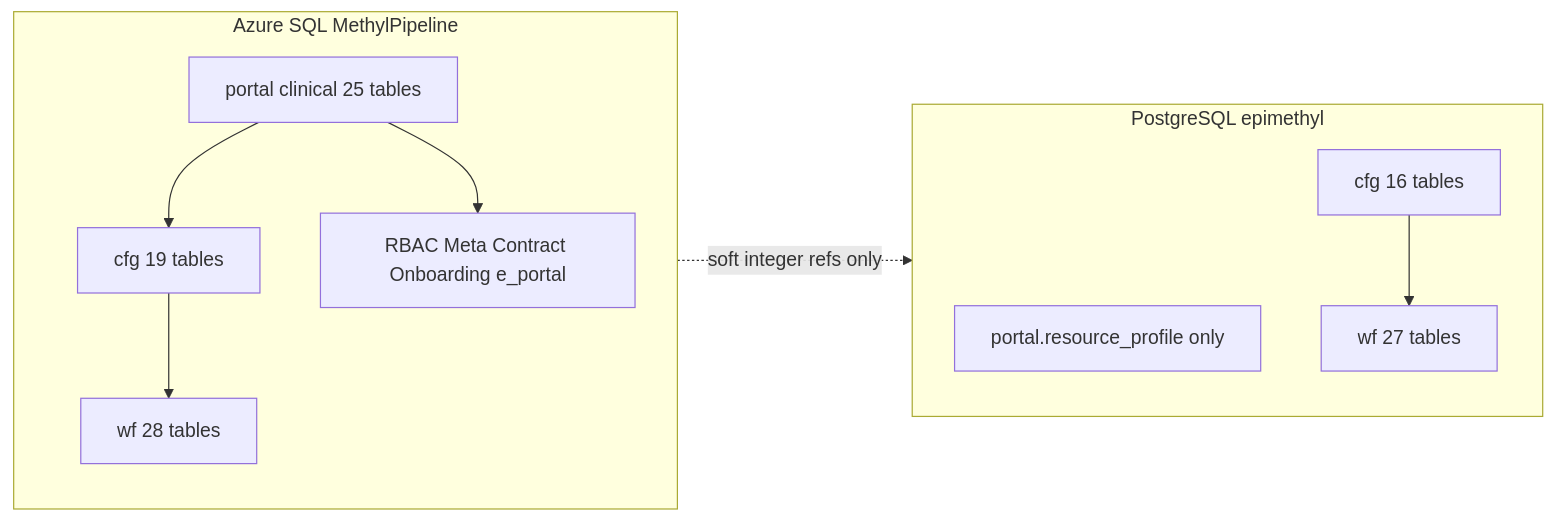
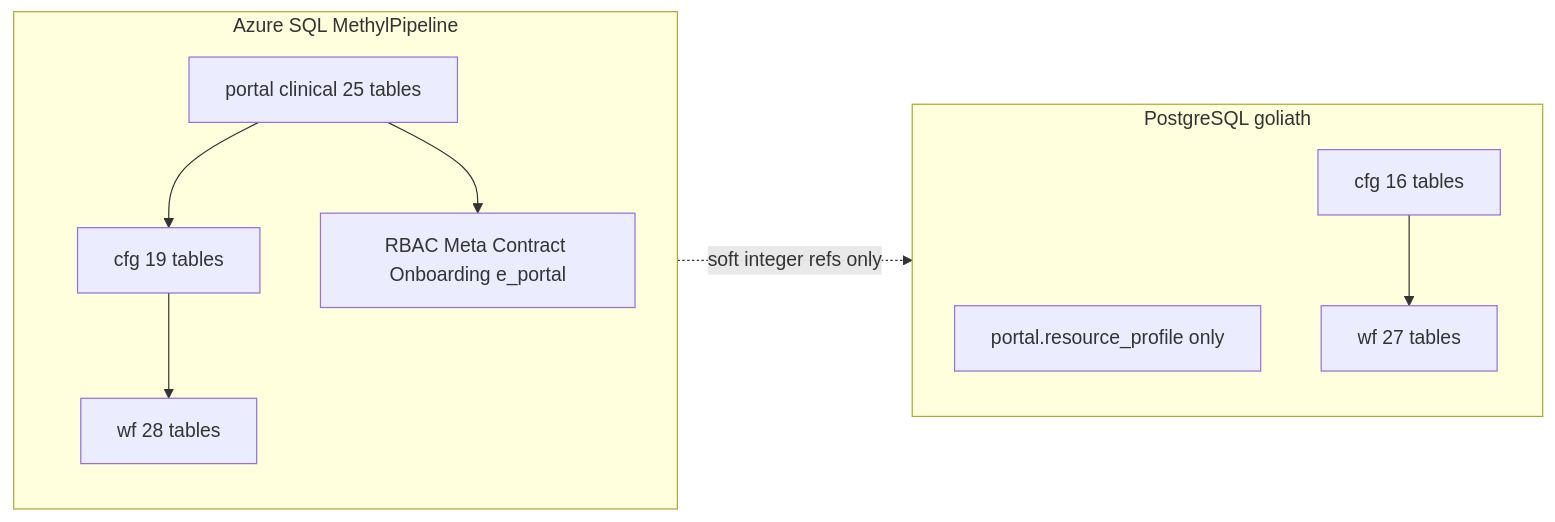
The diagram in docs/plans/sql-backend-schema-parity.plan.md (Goliath-Research/GoliathWorkflow), drawn with Mermaid before and after one commit. The commit also changed other lines of this file and 272 other files, not shown here.

````diff
--- a/docs/plans/sql-backend-schema-parity.plan.md
+++ b/docs/plans/sql-backend-schema-parity.plan.md
@@ -37,19 +37,19 @@
 ```mermaid
 flowchart LR
   subgraph azureSql [Azure SQL MethylPipeline]
     portalClinical[portal clinical 25 tables]
     cfgReg[cfg 19 tables]
     wfEng[wf 28 tables]
     legacy[RBAC Meta Contract Onboarding e_portal]
     portalClinical --> cfgReg
     cfgReg --> wfEng
     portalClinical --> legacy
   end
-  subgraph pgEpi [PostgreSQL epimethyl]
+  subgraph pgEpi [PostgreSQL goliath]
     pgPortal[portal.resource_profile only]
     pgCfg[cfg 16 tables]
     pgWf[wf 27 tables]
     pgCfg --> pgWf
   end
   azureSql -.->|"soft integer refs only"| pgEpi
 ```
````
